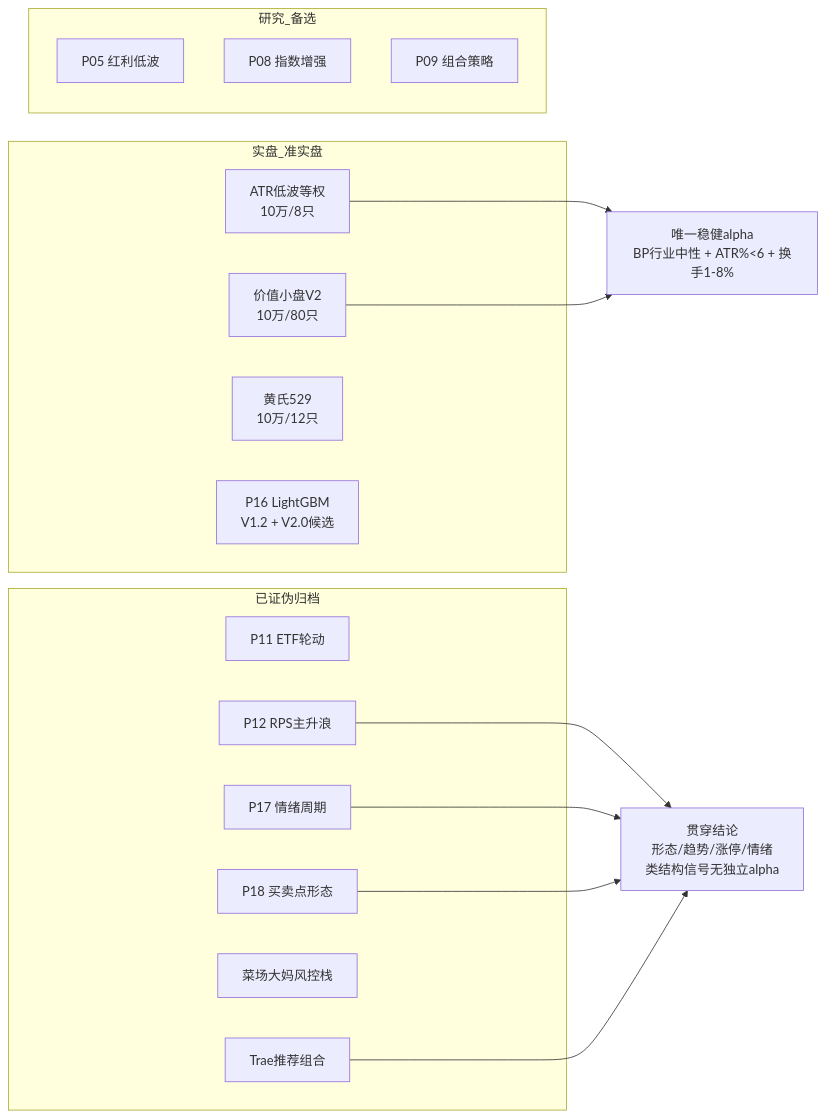
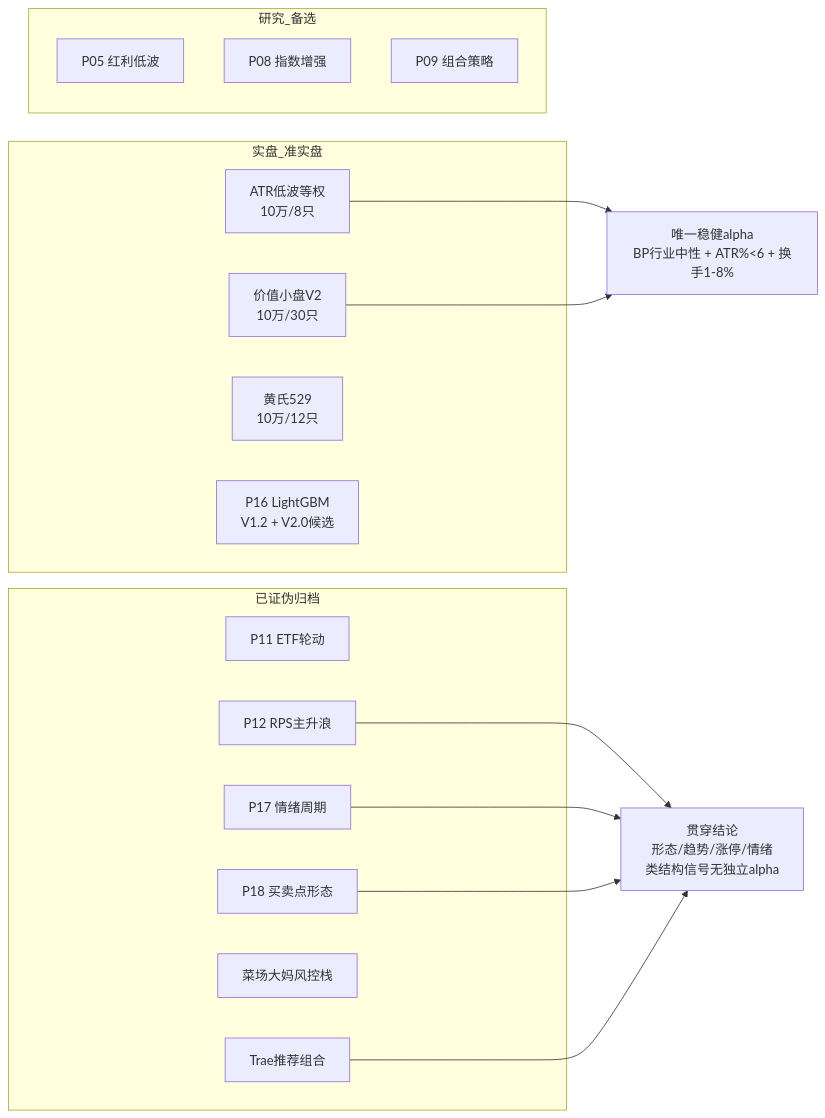
The diagram in .qoder/repowiki/zh/content/策略系统/主要策略详解.md (defliu/QuantLab), drawn with Mermaid before and after one commit. The commit also changed other lines of this file and 23 other files, not shown here.

````diff
--- a/.qoder/repowiki/zh/content/策略系统/主要策略详解.md
+++ b/.qoder/repowiki/zh/content/策略系统/主要策略详解.md
@@ -43,28 +43,28 @@
 ```mermaid
 graph LR
     subgraph 实盘_准实盘
         A1["ATR低波等权<br/>10万/8只"]
-        A2["价值小盘V2<br/>10万/80只"]
+        A2["价值小盘V2<br/>10万/30只"]
         A3["黄氏529<br/>10万/12只"]
         A4["P16 LightGBM<br/>V1.2 + V2.0候选"]
     end
     subgraph 已证伪归档
         Z1["P11 ETF轮动"]
         Z2["P12 RPS主升浪"]
         Z3["P17 情绪周期"]
         Z4["P18 买卖点形态"]
         Z5["菜场大妈风控栈"]
         Z6["Trae推荐组合"]
     end
     subgraph 研究_备选
         B1["P05 红利低波"]
         B2["P08 指数增强"]
         B3["P09 组合策略"]
     end
     A1 --> BP["唯一稳健alpha<br/>BP行业中性 + ATR%&lt;6 + 换手1-8%"]
     A2 --> BP
     Z2 --> CONC["贯穿结论<br/>形态/趋势/涨停/情绪<br/>类结构信号无独立alpha"]
     Z3 --> CONC
     Z4 --> CONC
     Z6 --> CONC
 ```
````
